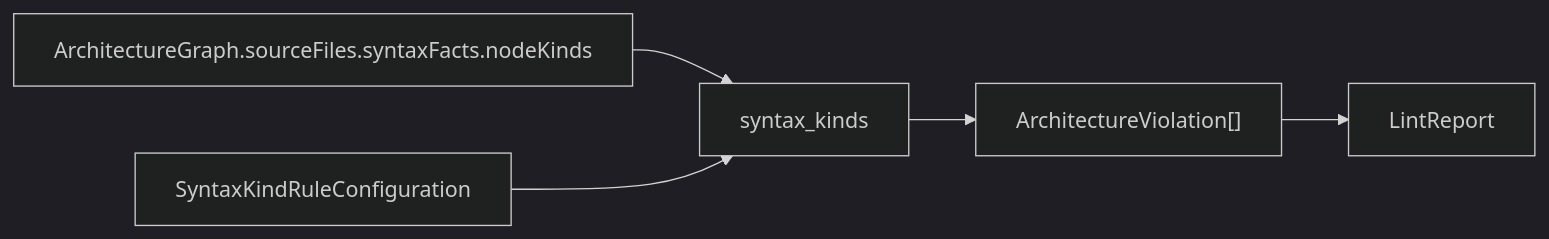
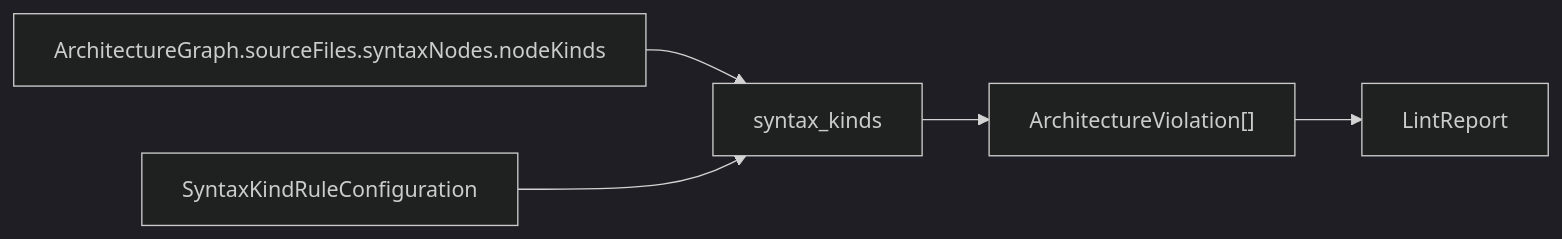
One commit to RoyalPineapple/BumperBowling changed the eighth of 9 diagrams in docs/ARCHITECTURE_SNAPSHOT.md. Above: the diagram before and after it, drawn with Mermaid (dark theme). The commit also changed other lines of this file and 41 other files, not shown here.

First line of the commit message:
Add generic syntax node rules (#29)

````diff
--- a/docs/ARCHITECTURE_SNAPSHOT.md
+++ b/docs/ARCHITECTURE_SNAPSHOT.md
@@ -108,7 +108,7 @@
 ```mermaid
 flowchart LR
-    Kinds["ArchitectureGraph.sourceFiles.syntaxFacts.nodeKinds"] --> SyntaxKinds["syntax_kinds"]
+    Kinds["ArchitectureGraph.sourceFiles.syntaxNodes.nodeKinds"] --> SyntaxKinds["syntax_kinds"]
     Policy["SyntaxKindRuleConfiguration"] --> SyntaxKinds
     SyntaxKinds --> Findings["ArchitectureViolation[]"]
     Findings --> Report["LintReport"]
 ```
````
